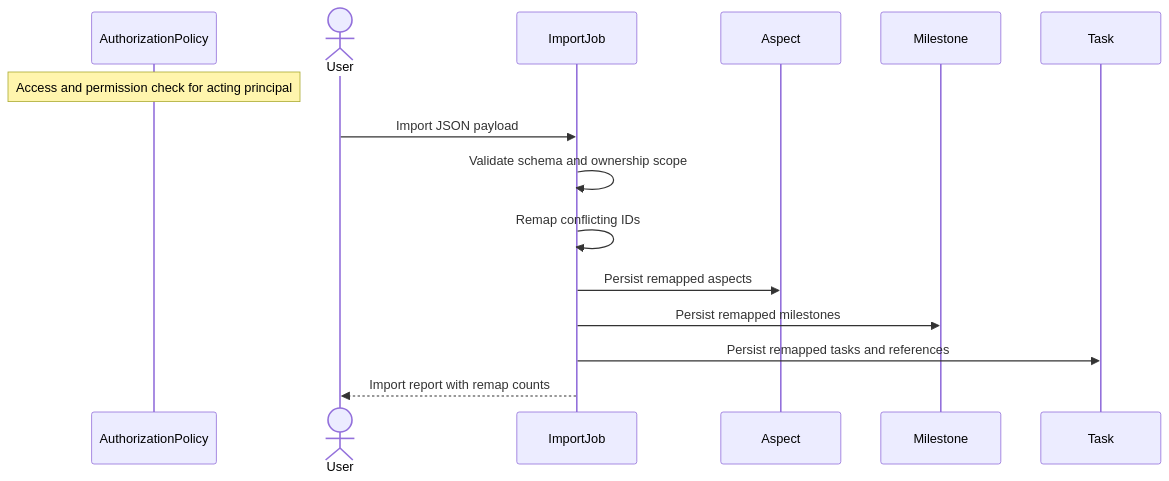
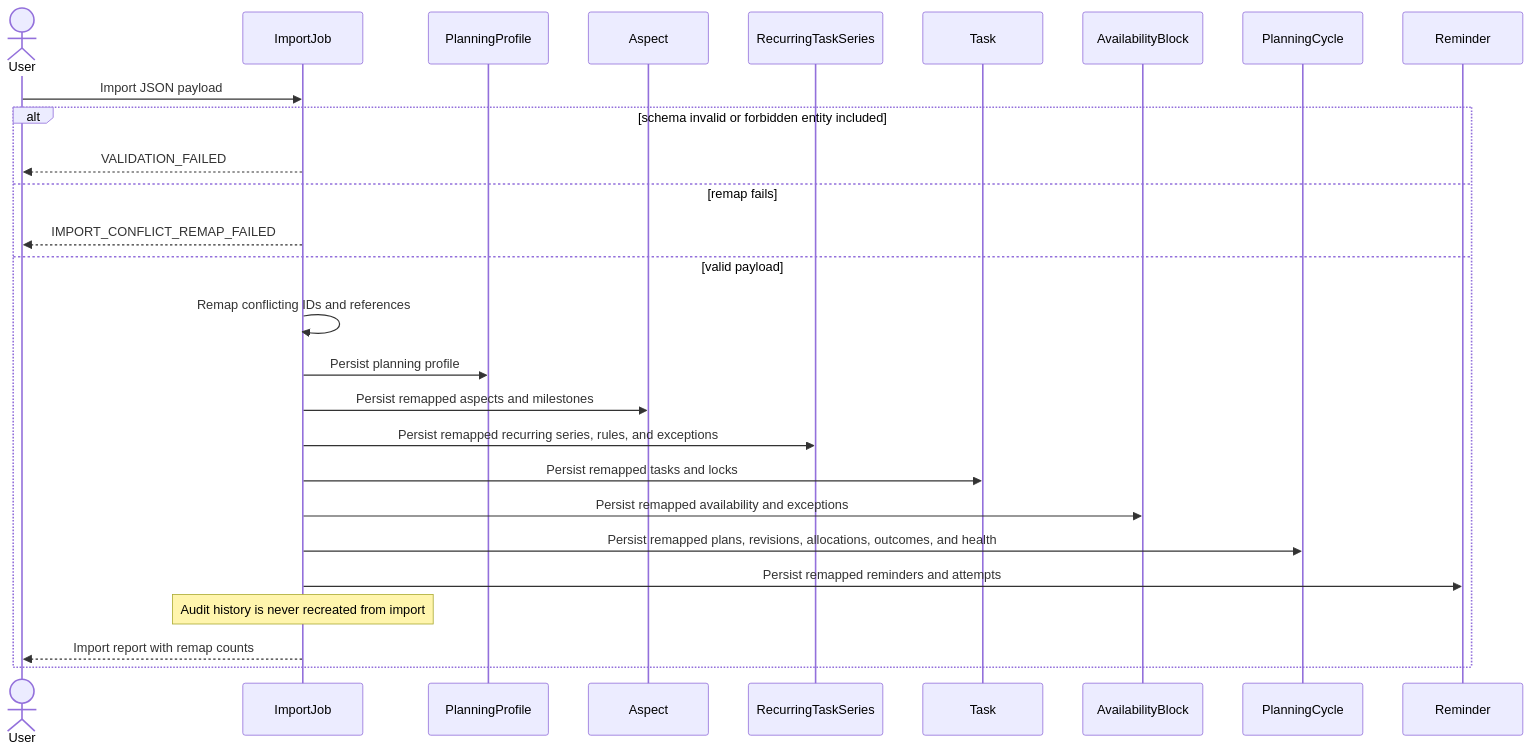
The second of 6 diagrams in architecture/sequence-diagrams/06-data-audit-system.md (ChidiRnweke/margin), drawn with Mermaid before and after one commit. The commit also changed other lines of this file and 12 other files, not shown here.

Commit message:
Enhance sequence diagrams and introduce traceability matrix

````diff
--- a/architecture/sequence-diagrams/06-data-audit-system.md
+++ b/architecture/sequence-diagrams/06-data-audit-system.md
@@ -27,17 +36,29 @@
 ```mermaid
 sequenceDiagram
-    participant G as AuthorizationPolicy
-    Note over G: Access and permission check for acting principal
     actor U as User
     participant I as ImportJob
+    participant P as PlanningProfile
     participant X as Aspect
-    participant M as Milestone
+    participant S as RecurringTaskSeries
     participant T as Task
+    participant V as AvailabilityBlock
+    participant C as PlanningCycle
+    participant R as Reminder
     U->>I: Import JSON payload
-    I->>I: Validate schema and ownership scope
-    I->>I: Remap conflicting IDs
-    I->>X: Persist remapped aspects
-    I->>M: Persist remapped milestones
-    I->>T: Persist remapped tasks and references
-    I-->>U: Import report with remap counts
+    alt schema invalid or forbidden entity included
+        I-->>U: VALIDATION_FAILED
+    else remap fails
+        I-->>U: IMPORT_CONFLICT_REMAP_FAILED
+    else valid payload
+        I->>I: Remap conflicting IDs and references
+        I->>P: Persist planning profile
+        I->>X: Persist remapped aspects and milestones
+        I->>S: Persist remapped recurring series, rules, and exceptions
+        I->>T: Persist remapped tasks and locks
+        I->>V: Persist remapped availability and exceptions
+        I->>C: Persist remapped plans, revisions, allocations, outcomes, and health
+        I->>R: Persist remapped reminders and attempts
+        Note over I: Audit history is never recreated from import
+        I-->>U: Import report with remap counts
+    end
 ```
````
